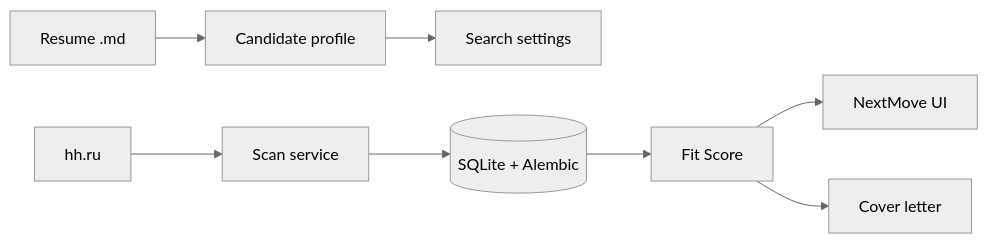
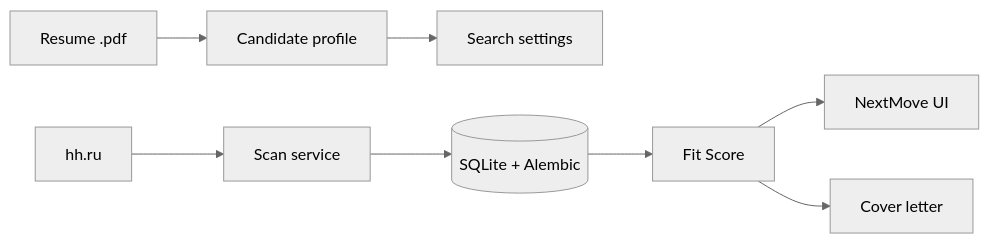
One commit to addito-5G/job-scout changed the diagram in README.md. Above: the diagram before and after it, drawn with Mermaid (neutral theme). The commit also changed other lines of this file and 25 other files, not shown here.

First line of the commit message:
Add PDF resume upload and fix vacancy unique conflicts.

````diff
--- a/README.md
+++ b/README.md
@@ -69,10 +69,10 @@
 ```mermaid
 flowchart LR
-    R[Resume .md] --> P[Candidate profile]
+    R[Resume .pdf] --> P[Candidate profile]
     P --> S[Search settings]
     HH[hh.ru] --> SC[Scan service]
     SC --> DB[(SQLite + Alembic)]
     DB --> F[Fit Score]
     F --> UI[NextMove UI]
     F --> CL[Cover letter]
 ```
````
